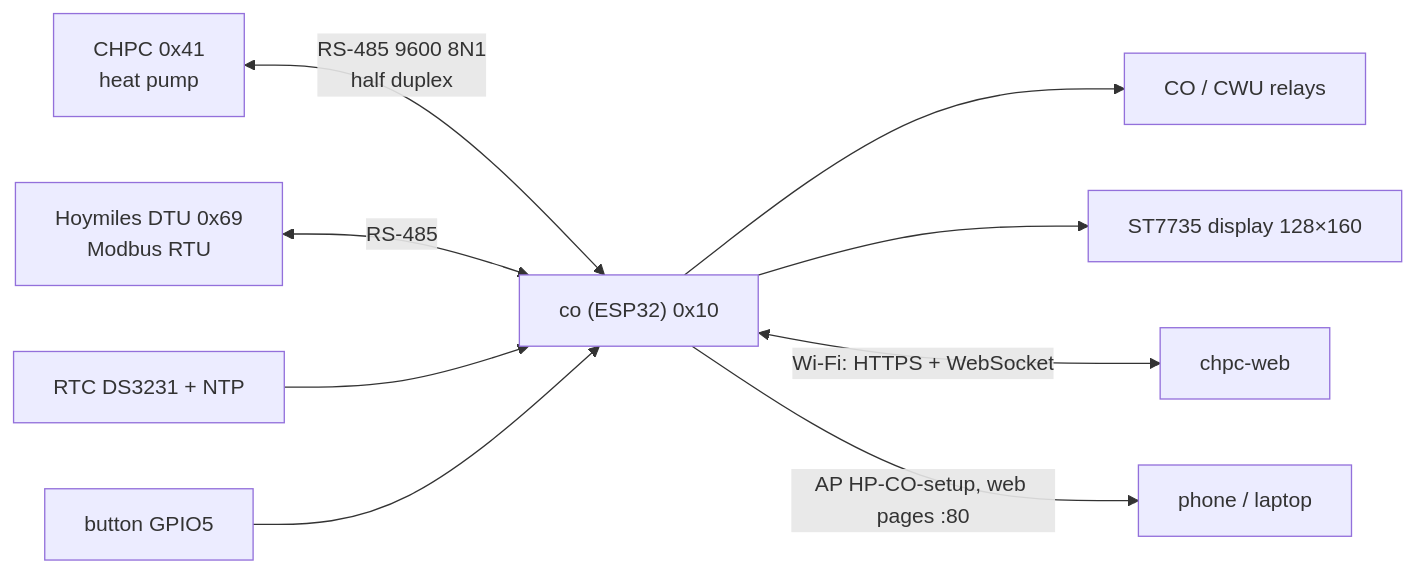
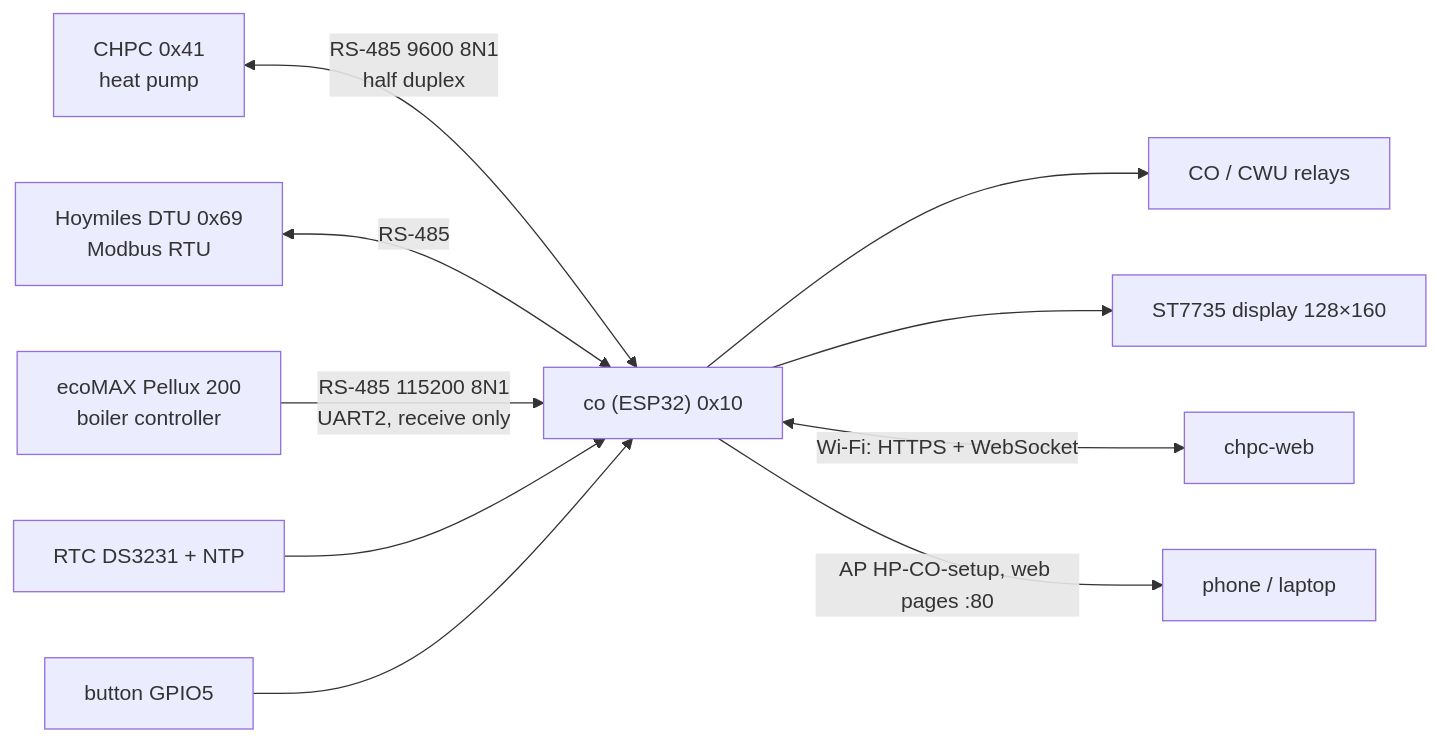
The first of 6 diagrams in devices/co/docs/en/2-how-it-works.md (robertorlowski/chpc-web), drawn with Mermaid before and after one commit. The commit also changed other lines of this file and 78 other files, not shown here.

````diff
--- a/devices/co/docs/en/2-how-it-works.md
+++ b/devices/co/docs/en/2-how-it-works.md
@@ -7,12 +7,13 @@
 ```mermaid
 flowchart LR
     CHPC["CHPC 0x41<br/>heat pump"] <-- "RS-485 9600 8N1<br/>half duplex" --> CO
     DTU["Hoymiles DTU 0x69<br/>Modbus RTU"] <-- "RS-485" --> CO
+    ECO["ecoMAX Pellux 200<br/>boiler controller"] -- "RS-485 115200 8N1<br/>UART2, receive only" --> CO
     CO["co (ESP32) 0x10"]
     CO --> REL["CO / CWU relays"]
     CO --> LCD["ST7735 display 128×160"]
     RTC["RTC DS3231 + NTP"] --> CO
     BTN["button GPIO5"] --> CO
     CO <-- "Wi-Fi: HTTPS + WebSocket" --> SRV["chpc-web"]
     CO -- "AP HP-CO-setup, web pages :80" --> USR["phone / laptop"]
 ```
````
